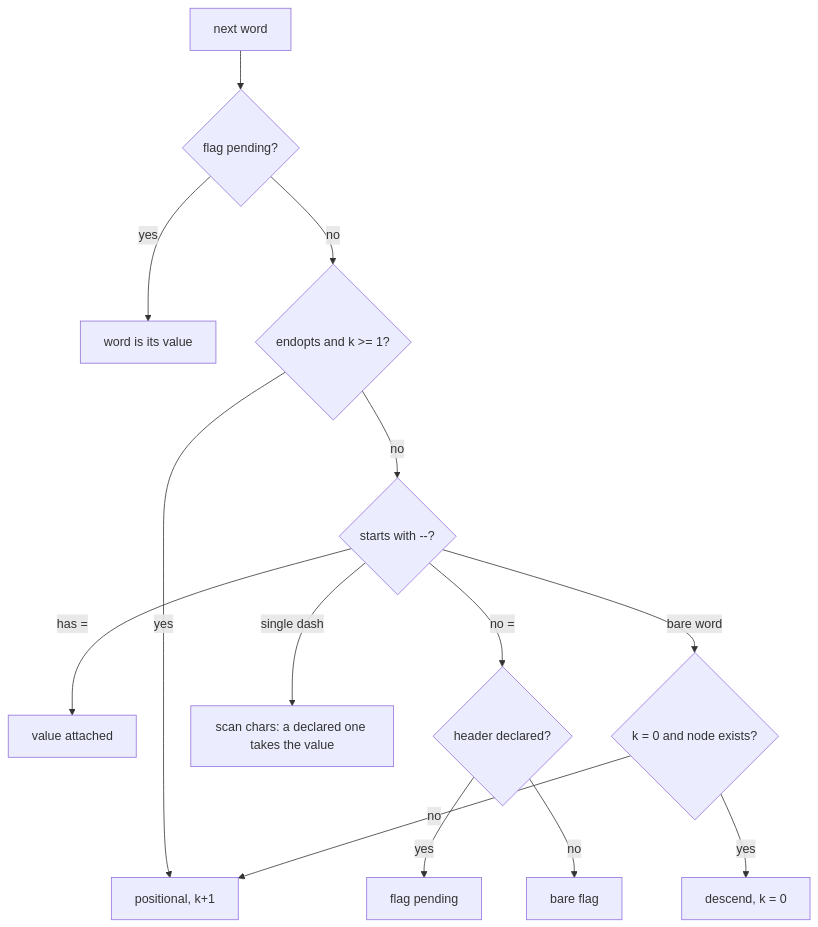
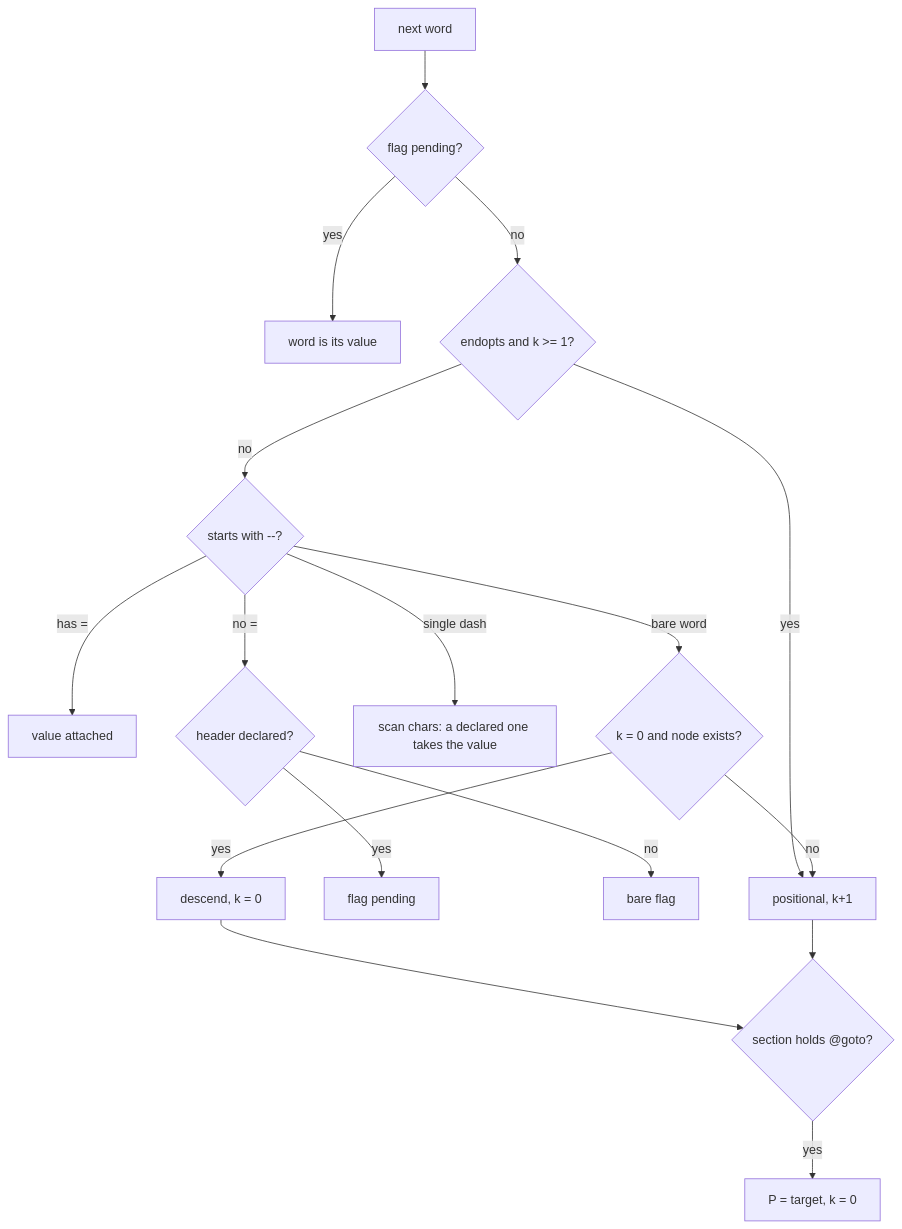
Before and after one commit to tebello-thejane/dircomp: the first of 2 diagrams in SPEC.md, drawn with Mermaid. The commit also changed other lines of this file and 10 other files, not shown here.

````diff
--- a/SPEC.md
+++ b/SPEC.md
@@ -196,16 +209,19 @@
 ```mermaid
 flowchart TD
   W["next word"] --> P{"flag pending?"}
   P -->|yes| PV["word is its value"]
   P -->|no| E{"endopts and k >= 1?"}
   E -->|yes| POS["positional, k+1"]
   E -->|no| L{"starts with --?"}
   L -->|"has ="| AV["value attached"]
   L -->|"no ="| D{"header declared?"}
   D -->|yes| PEND["flag pending"]
   D -->|no| BARE["bare flag"]
   L -->|"single dash"| CL["scan chars: a declared one takes the value"]
   L -->|"bare word"| N{"k = 0 and node exists?"}
   N -->|yes| DESC["descend, k = 0"]
   N -->|no| POS
+  DESC --> G{"section holds @goto?"}
+  POS --> G
+  G -->|yes| JMP["P = target, k = 0"]
 ```
````
